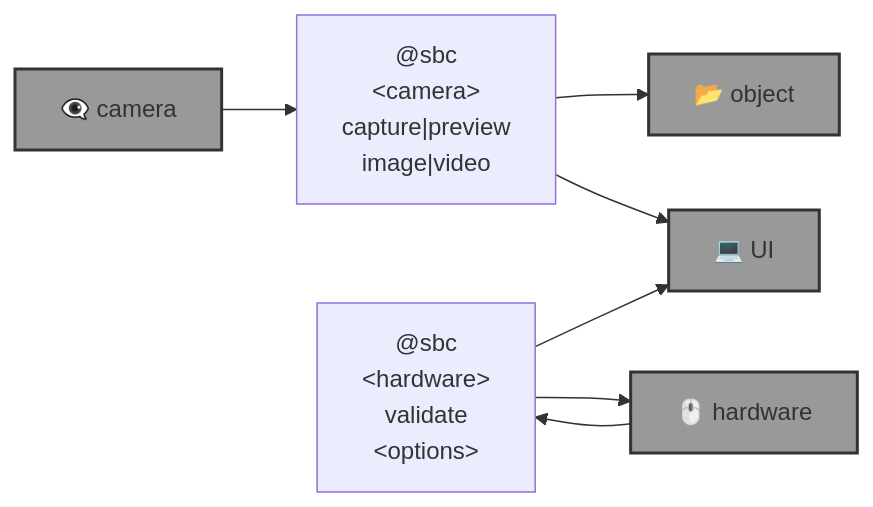
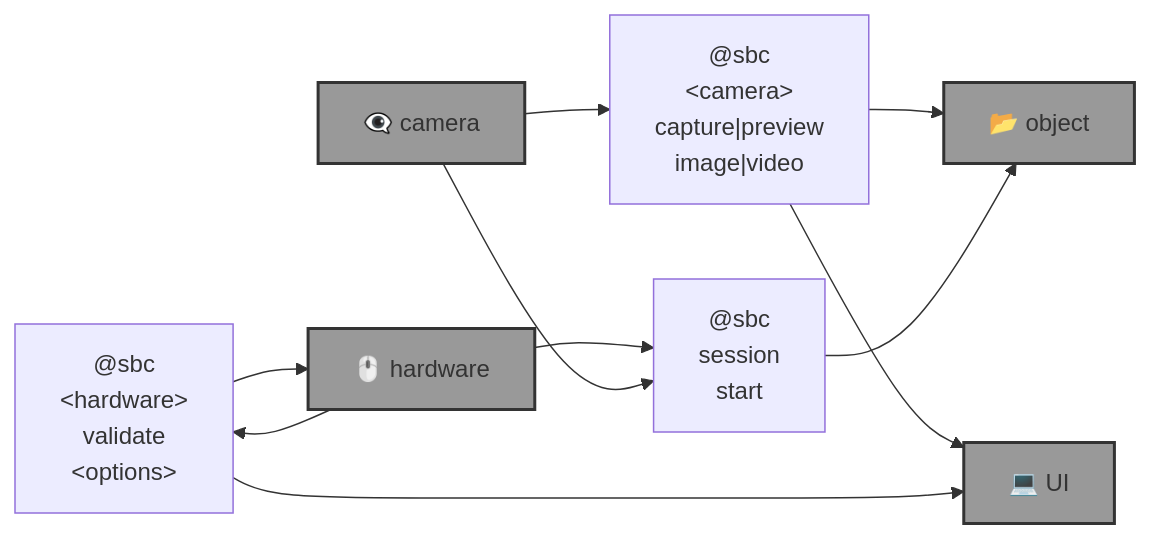
Before and after one commit to kamangir/eye: the diagram in README.md, drawn with Mermaid. The commit also changed other lines of this file and 11 other files, not shown here.

````diff
--- a/README.md
+++ b/README.md
@@ -13,21 +13,27 @@
 ```mermaid
 graph LR
     camera["@sbc<br>&lt;camera&gt;<br>capture|preview<br>image|video"]
 
     hardware_validate["@sbc<br>&lt;hardware&gt;<br>validate<br>&lt;options&gt;"]
+
+    session_start["@sbc<br>session<br>start"]
 
     object["📂 object"]:::folder
     camera_hardware["👁️‍🗨️ camera"]:::folder
     hardware["🖱️ hardware"]:::folder
     UI["💻 UI"]:::folder
 
     camera_hardware --> camera
     camera --> object
     camera --> UI
 
     hardware --> hardware_validate
     hardware_validate --> hardware
     hardware_validate --> UI
 
+    hardware --> session_start
+    camera_hardware --> session_start
+    session_start --> object
+
     classDef folder fill:#999,stroke:#333,stroke-width:2px;
 ```
````
